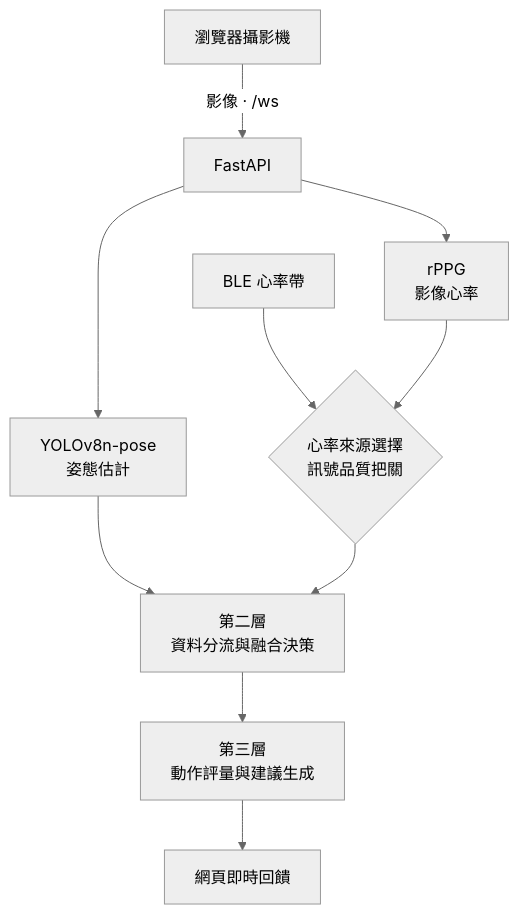
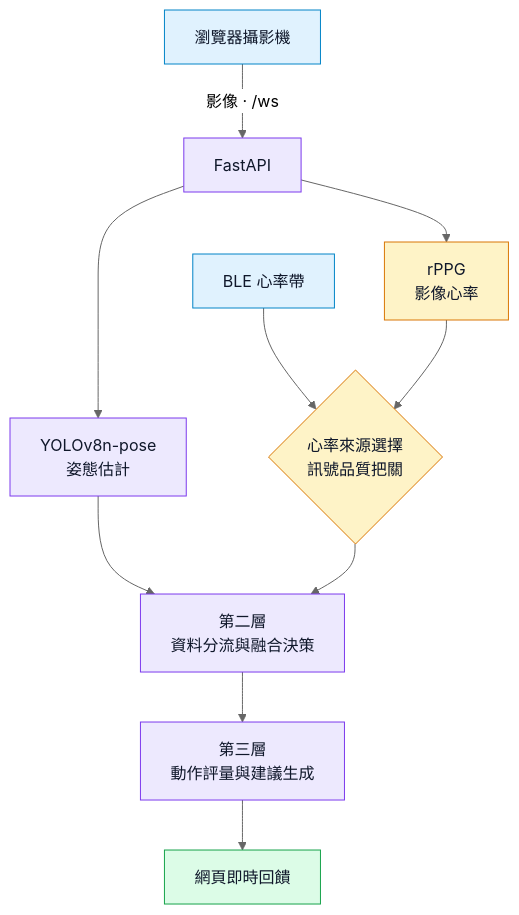
Before and after one commit to ghjkl563563-stack/ai-fitness-coach: the first of 2 diagrams in README.md, drawn with Mermaid (neutral theme). The commit also changed other lines of this file, not shown here.

Commit message:
Color-code architecture diagram stages

````diff
--- a/README.md
+++ b/README.md
@@ -27,12 +27,21 @@
 ```mermaid
 flowchart TB
     camera["瀏覽器攝影機"] -->|影像 · /ws| api["FastAPI"]
     api --> pose["YOLOv8n-pose<br/>姿態估計"]
     api --> rppg["rPPG<br/>影像心率"]
     ble["BLE 心率帶"] --> hr{"心率來源選擇<br/>訊號品質把關"}
     rppg --> hr
     pose --> routing["第二層<br/>資料分流與融合決策"]
     hr --> routing
     routing --> coach["第三層<br/>動作評量與建議生成"]
     coach --> ui["網頁即時回饋"]
+
+    classDef input fill:#E0F2FE,stroke:#0284C7,color:#0F172A
+    classDef sensing fill:#FEF3C7,stroke:#D97706,color:#0F172A
+    classDef core fill:#EDE9FE,stroke:#7C3AED,color:#0F172A
+    classDef output fill:#DCFCE7,stroke:#16A34A,color:#0F172A
+    class camera,ble input
+    class rppg,hr sensing
+    class api,pose,routing,coach core
+    class ui output
 ```
````
